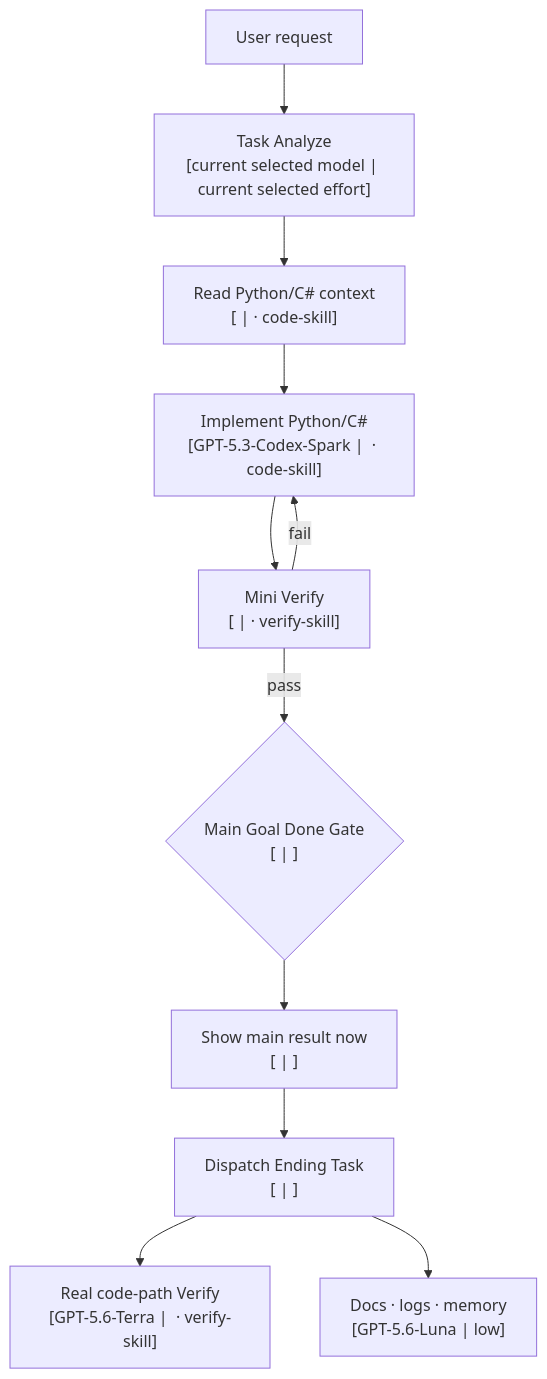
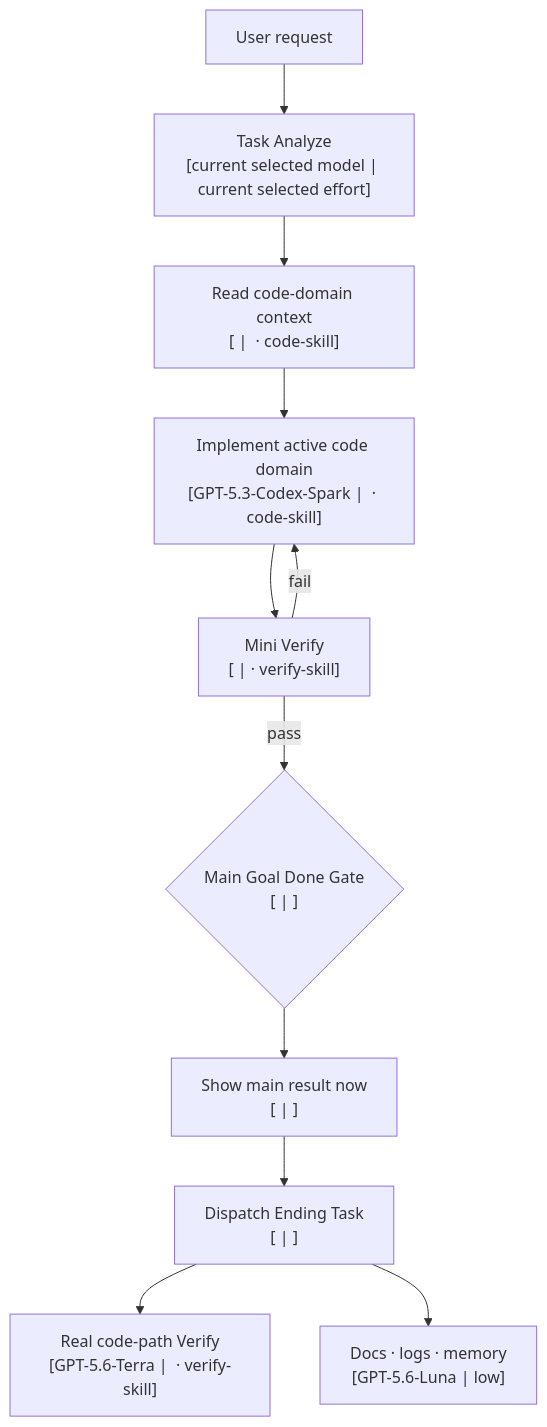
The second of 3 diagrams in workflow-skill/references/start-diagram-template.md (qinbatista/qin-codex-skills), drawn with Mermaid before and after one commit. The commit also changed other lines of this file and 36 other files, not shown here.

````diff
--- a/workflow-skill/references/start-diagram-template.md
+++ b/workflow-skill/references/start-diagram-template.md
@@ -40,13 +40,13 @@
 ```mermaid
 flowchart TD
   U["User request"] --> A["Task Analyze<br/>[current selected model | current selected effort]"]
-  A --> B["Read Python/C# context<br/>[<planned model> | <effort> · code-skill]"]
-  B --> C["Implement Python/C#<br/>[GPT-5.3-Codex-Spark | <effort> · code-skill]"]
+  A --> B["Read code-domain context<br/>[<planned model> | <effort> · code-skill]"]
+  B --> C["Implement active code domain<br/>[GPT-5.3-Codex-Spark | <effort> · code-skill]"]
   C --> V["Mini Verify<br/>[<model> | <effort> · verify-skill]"]
   V -->|fail| C
   V -->|pass| G{"Main Goal Done Gate<br/>[<model> | <effort>]"}
   G --> R["Show main result now<br/>[<model> | <effort>]"]
   R --> E["Dispatch Ending Task<br/>[<model> | <effort>]"]
   E --> RV["Real code-path Verify<br/>[GPT-5.6-Terra | <effort> · verify-skill]"]
   E --> D["Docs · logs · memory<br/>[GPT-5.6-Luna | low]"]
 ```
````
